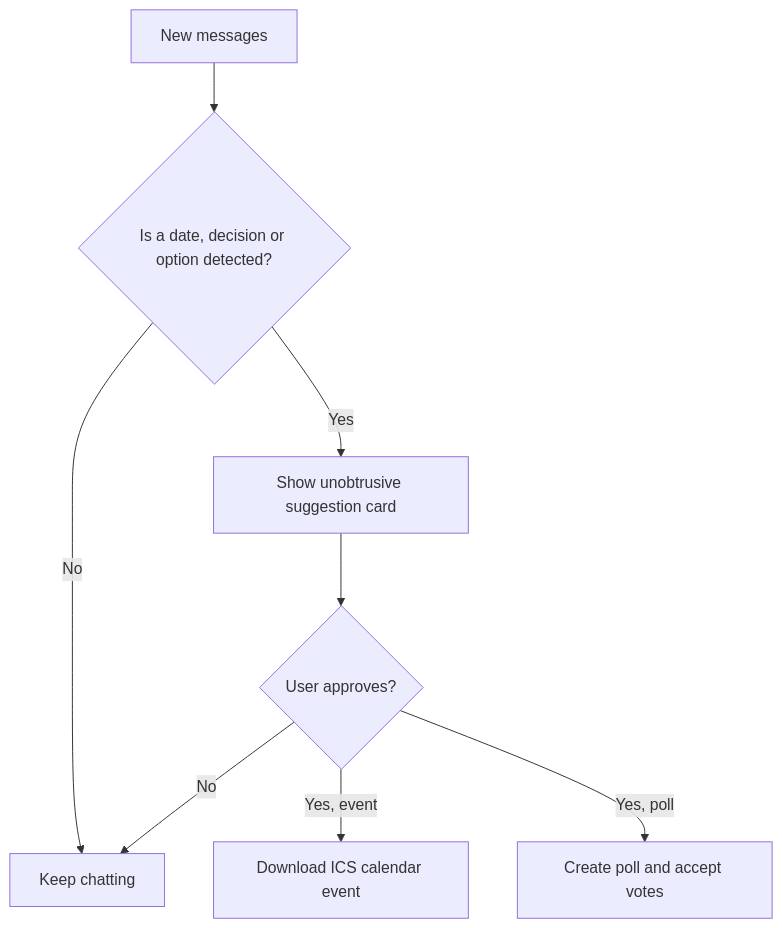
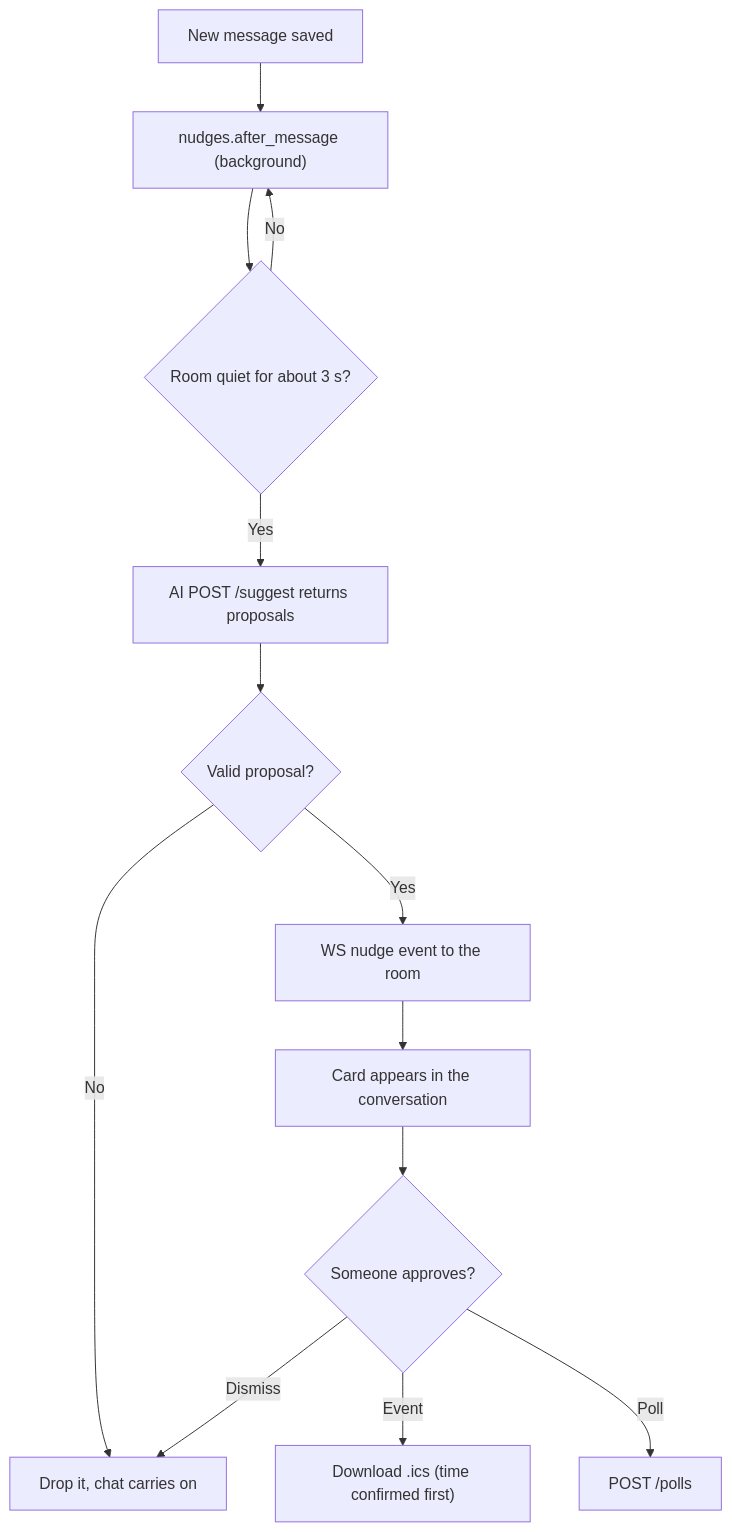
Before and after one commit to Prittstick22/ChatAI: the fourth of 4 diagrams in docs/ARCHITECTURE.md, drawn with Mermaid. The commit also changed other lines of this file, not shown here.

First line of the commit message:
docs: architecture, privacy and scaling notes for the chat system

````diff
--- a/docs/ARCHITECTURE.md
+++ b/docs/ARCHITECTURE.md
@@ -59,10 +158,15 @@
 ```mermaid
 flowchart TD
- M[New messages] --> T{Is a date, decision or option detected?}
- T -->|No| Q[Keep chatting]
- T -->|Yes| S[Show unobtrusive suggestion card]
- S --> A{User approves?}
- A -->|No| Q
- A -->|Yes, event| I[Download ICS calendar event]
- A -->|Yes, poll| P[Create poll and accept votes]
+  M["New message saved"] --> H["nudges.after_message (background)"]
+  H --> W{"Room quiet for about 3 s?"}
+  W -->|No| H
+  W -->|Yes| S["AI POST /suggest returns proposals"]
+  S --> V{"Valid proposal?"}
+  V -->|No| X["Drop it, chat carries on"]
+  V -->|Yes| N["WS nudge event to the room"]
+  N --> C["Card appears in the conversation"]
+  C --> A{"Someone approves?"}
+  A -->|Dismiss| X
+  A -->|Event| I["Download .ics (time confirmed first)"]
+  A -->|Poll| P["POST /polls"]
 ```
````
